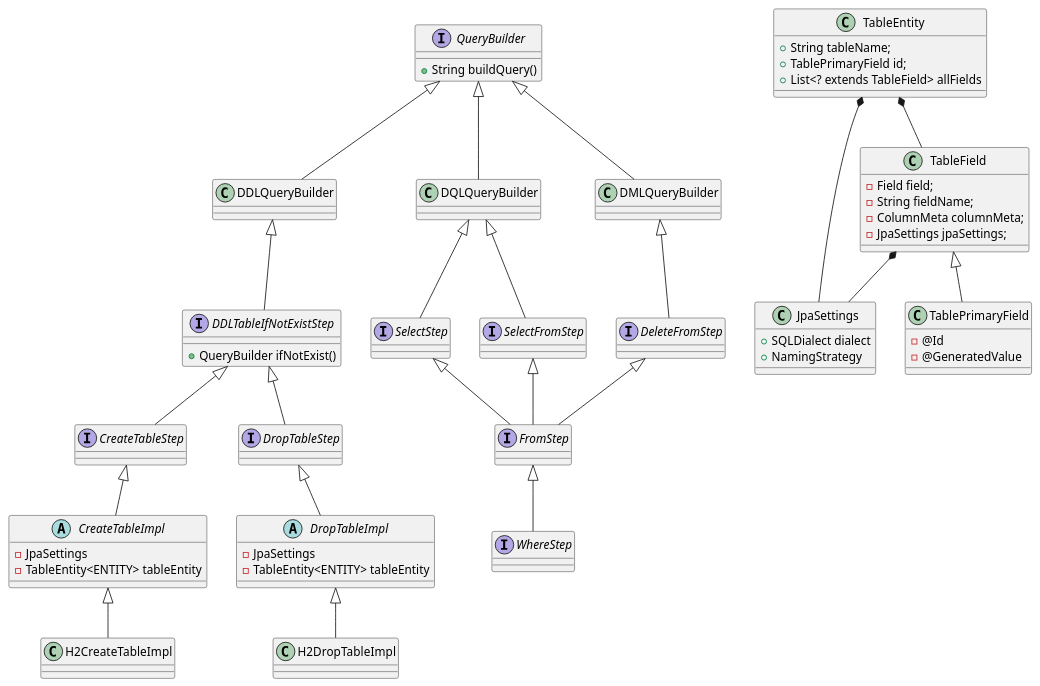
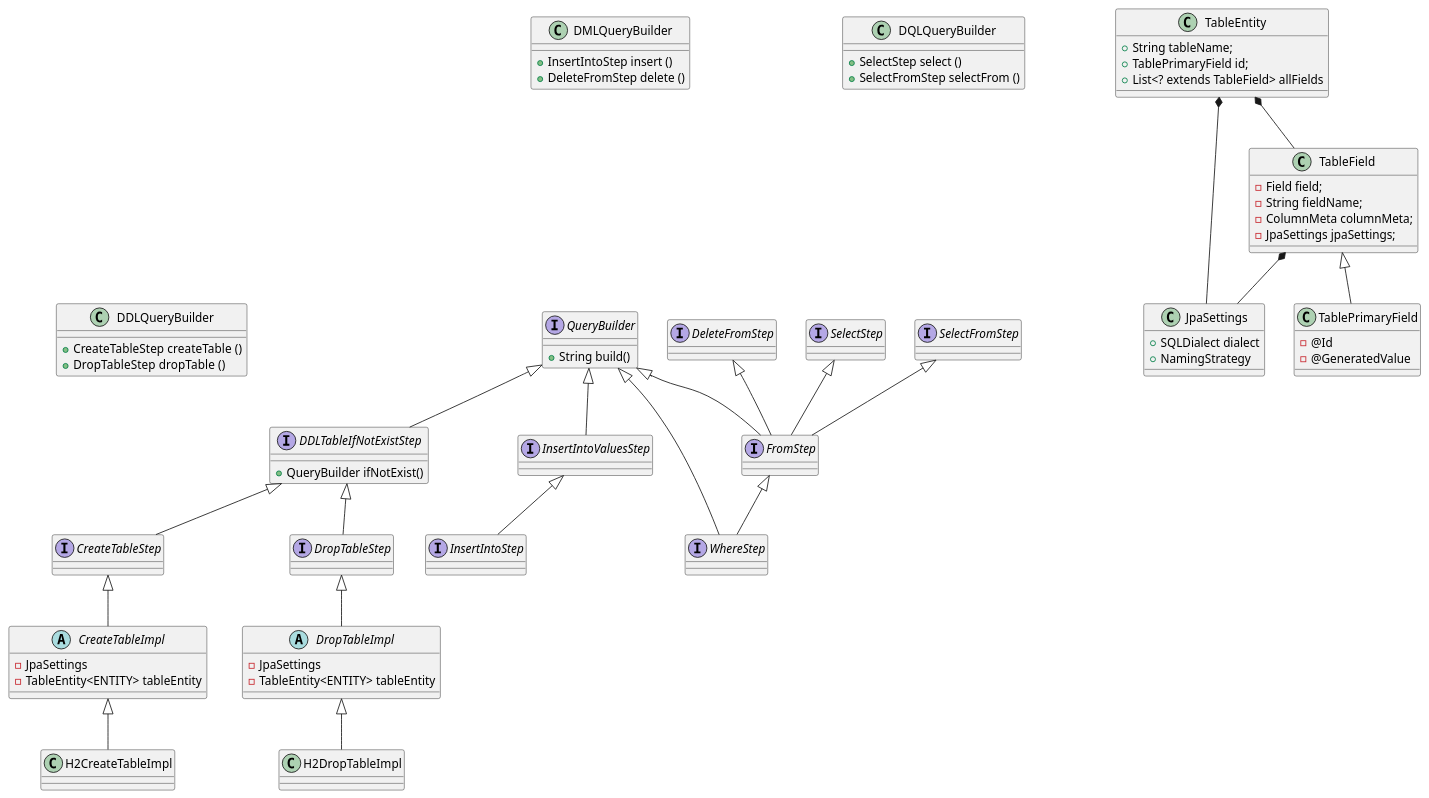
One commit to next-step/jpa-query-builder changed the diagram in docs/uml/step-3-class-diagram.puml. Above: the diagram before and after it, drawn with PlantUML.

Commit message:
docs. 다이어그램 설계 수정

```diff
--- a/docs/uml/step-3-class-diagram.puml
+++ b/docs/uml/step-3-class-diagram.puml
@@ -1,98 +1,117 @@
 @startuml
 interface QueryBuilder {
-    + String buildQuery()
+    + String build()
 }
 
 ' QueryBuilder 들
-class DDLQueryBuilder extends QueryBuilder{
-
+class DDLQueryBuilder {
+    + CreateTableStep createTable ()
+    + DropTableStep dropTable ()
 }
 
-class DQLQueryBuilder extends QueryBuilder{
-
+class DQLQueryBuilder {
+    + SelectStep select ()
+    + SelectFromStep selectFrom ()
 }
 
-class DMLQueryBuilder extends QueryBuilder {
+class DMLQueryBuilder {
+    + InsertIntoStep insert ()
+    + DeleteFromStep delete ()
+}
 
-}
+
+' 이거도 그리면 좋지만 안이쁘니 숨기자...
+DDLQueryBuilder -[hidden]..> CreateTableStep:returns
+DDLQueryBuilder -[hidden]..> DropTableStep:returns
+
+DMLQueryBuilder -[hidden]..> InsertIntoStep:returns
+DMLQueryBuilder -[hidden]..> DeleteFromStep:returns
 
 ' Step 들 정의
 interface CreateTableStep extends DDLTableIfNotExistStep {
 
 }
 
 interface DropTableStep extends DDLTableIfNotExistStep {
 
 }
 
-interface SelectStep extends DQLQueryBuilder {
+interface SelectStep {
 
 }
 
-interface SelectFromStep extends DQLQueryBuilder {
+interface SelectFromStep {
 
 }
 
-interface DeleteFromStep extends DMLQueryBuilder {
+interface InsertIntoStep extends InsertIntoValuesStep {
 
 }
 
-interface FromStep extends SelectStep, DeleteFromStep, SelectFromStep {
+interface InsertIntoValuesStep extends QueryBuilder {
 
 }
 
-interface WhereStep extends FromStep {
+interface DeleteFromStep {
 
 }
 
-interface DDLTableIfNotExistStep extends DDLQueryBuilder {
+interface FromStep extends SelectStep, DeleteFromStep, SelectFromStep, QueryBuilder {
+
+}
+
+interface WhereStep extends FromStep, QueryBuilder {
+
+}
+
+interface DDLTableIfNotExistStep extends QueryBuilder {
     + QueryBuilder ifNotExist()
 }
 
 abstract class CreateTableImpl extends CreateTableStep{
     - JpaSettings
     - TableEntity<ENTITY> tableEntity
 }
 
 class H2CreateTableImpl extends CreateTableImpl {
 
 }
 
 abstract class DropTableImpl extends DropTableStep {
     - JpaSettings
     - TableEntity<ENTITY> tableEntity
 }
 
 class H2DropTableImpl extends DropTableImpl {
 
 }
 
 class JpaSettings {
     + SQLDialect dialect
     + NamingStrategy
 }
 
 TableEntity *--	TableField
 TableEntity *--	JpaSettings
 
 TableField *-- JpaSettings
 
 class TableEntity {
     + String tableName;
     + TablePrimaryField id;
     + List<? extends TableField> allFields
 }
 
 class TableField {
     - Field field;
     - String fieldName;
     - ColumnMeta columnMeta;
     - JpaSettings jpaSettings;
 }
 
 class TablePrimaryField extends TableField {
     - @Id
     - @GeneratedValue
 }
 
 @enduml
```
